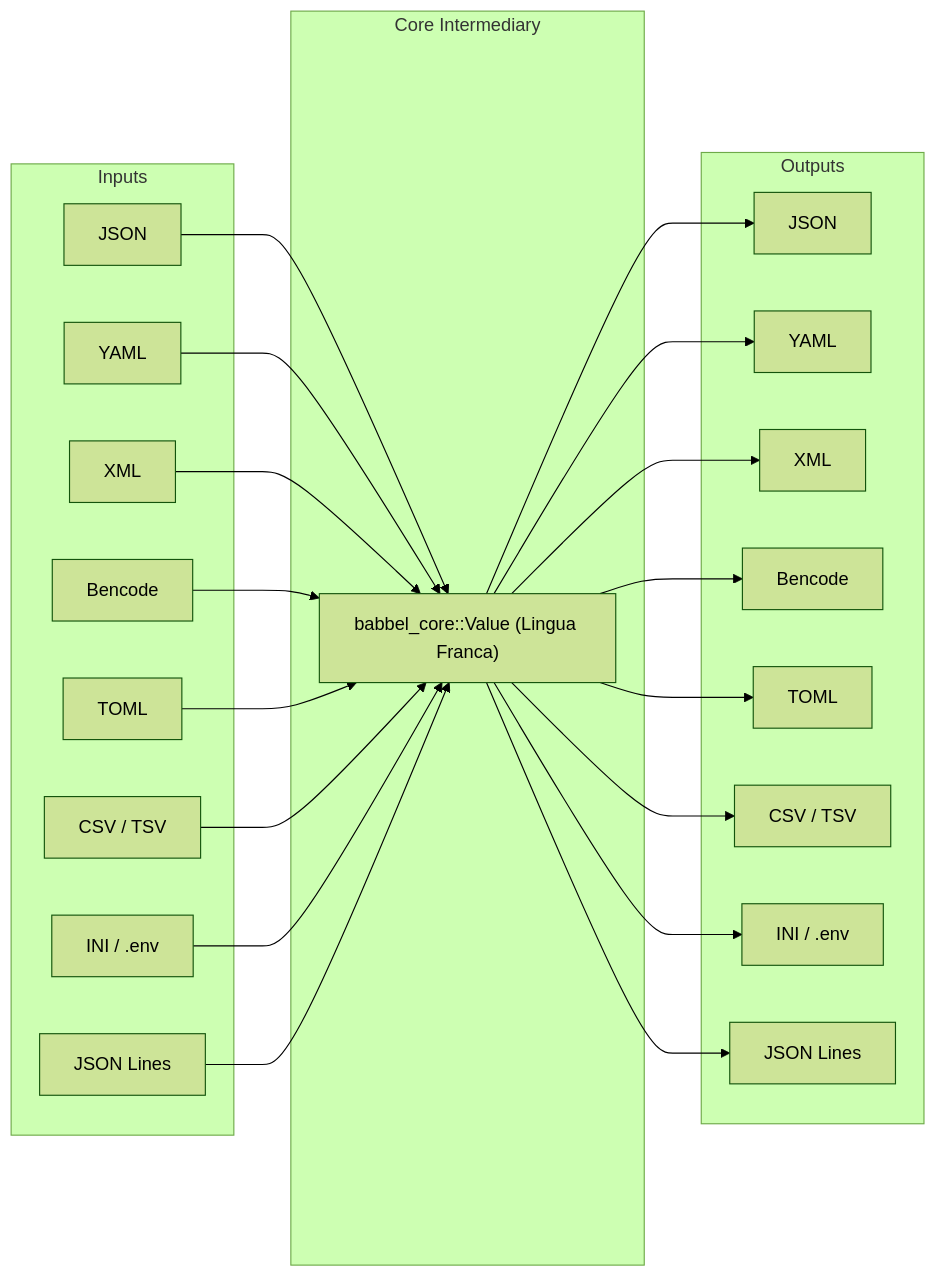
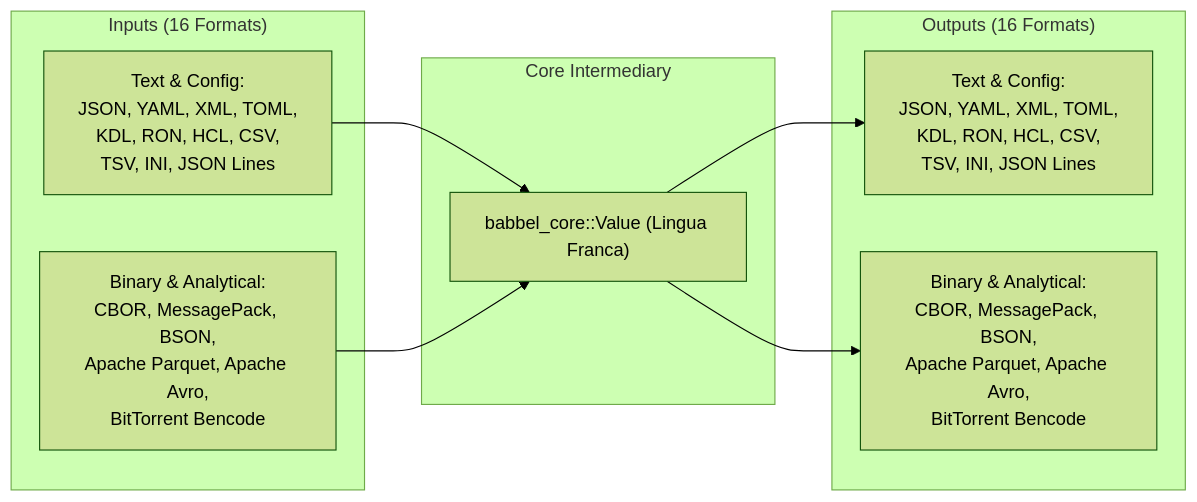
The diagram in docs/CONVERSION_MATRIX.md (clockworkengineer/babbel), drawn with Mermaid (forest theme) before and after one commit. The commit also changed other lines of this file and 16 other files, not shown here.

````diff
--- a/docs/CONVERSION_MATRIX.md
+++ b/docs/CONVERSION_MATRIX.md
@@ -13,46 +13,22 @@
 ```mermaid
 graph LR
-    subgraph "Inputs"
-        JSON_IN[JSON]
-        YAML_IN[YAML]
-        XML_IN[XML]
-        BENC_IN[Bencode]
-        TOML_IN[TOML]
-        CSV_IN[CSV / TSV]
-        INI_IN[INI / .env]
-        JSONL_IN[JSON Lines]
+    subgraph "Inputs (16 Formats)"
+        T_IN["Text & Config:<br>JSON, YAML, XML, TOML,<br>KDL, RON, HCL, CSV,<br>TSV, INI, JSON Lines"]
+        B_IN["Binary & Analytical:<br>CBOR, MessagePack, BSON,<br>Apache Parquet, Apache Avro,<br>BitTorrent Bencode"]
     end
 
     subgraph "Core Intermediary"
         AST["babbel_core::Value (Lingua Franca)"]
     end
 
-    subgraph "Outputs"
-        JSON_OUT[JSON]
-        YAML_OUT[YAML]
-        XML_OUT[XML]
-        BENC_OUT[Bencode]
-        TOML_OUT[TOML]
-        CSV_OUT[CSV / TSV]
-        INI_OUT[INI / .env]
-        JSONL_OUT[JSON Lines]
+    subgraph "Outputs (16 Formats)"
+        T_OUT["Text & Config:<br>JSON, YAML, XML, TOML,<br>KDL, RON, HCL, CSV,<br>TSV, INI, JSON Lines"]
+        B_OUT["Binary & Analytical:<br>CBOR, MessagePack, BSON,<br>Apache Parquet, Apache Avro,<br>BitTorrent Bencode"]
     end
 
-    JSON_IN --> AST
-    YAML_IN --> AST
-    XML_IN --> AST
-    BENC_IN --> AST
-    TOML_IN --> AST
-    CSV_IN --> AST
-    INI_IN --> AST
-    JSONL_IN --> AST
+    T_IN --> AST
+    B_IN --> AST
 
-    AST --> JSON_OUT
-    AST --> YAML_OUT
-    AST --> XML_OUT
-    AST --> BENC_OUT
-    AST --> TOML_OUT
-    AST --> CSV_OUT
-    AST --> INI_OUT
-    AST --> JSONL_OUT
+    AST --> T_OUT
+    AST --> B_OUT
 ```
````
